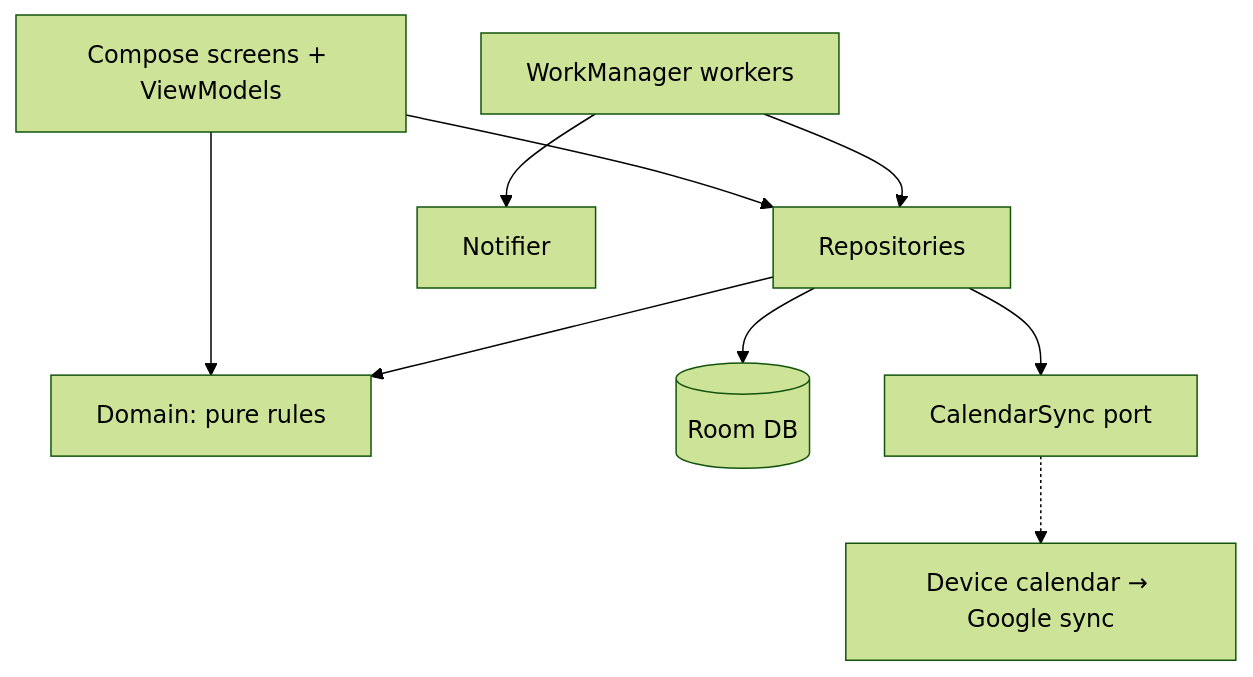
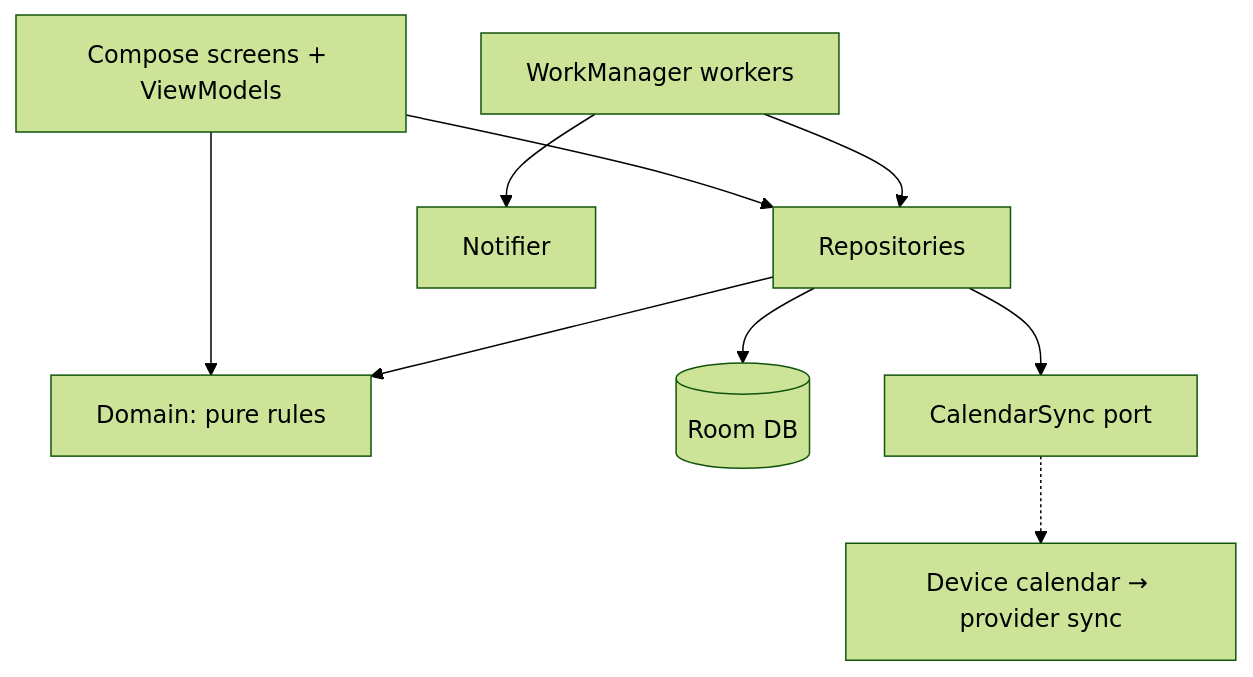
Before and after one commit to seblful/tutoring-app: the diagram in docs/architecture.md, drawn with Mermaid (forest theme). The commit also changed other lines of this file and 8 other files, not shown here.

````diff
--- a/docs/architecture.md
+++ b/docs/architecture.md
@@ -18,11 +8,11 @@
 ```mermaid
 flowchart TB
     UI[Compose screens + ViewModels] --> Repos[Repositories]
     UI --> Domain
     Repos --> Domain[Domain: pure rules]
     Repos --> Room[(Room DB)]
     Repos --> Cal[CalendarSync port]
     Work[WorkManager workers] --> Repos
     Work --> Notif[Notifier]
-    Cal -.-> Device[Device calendar → Google sync]
+    Cal -.-> Device[Device calendar → provider sync]
 ```
````
